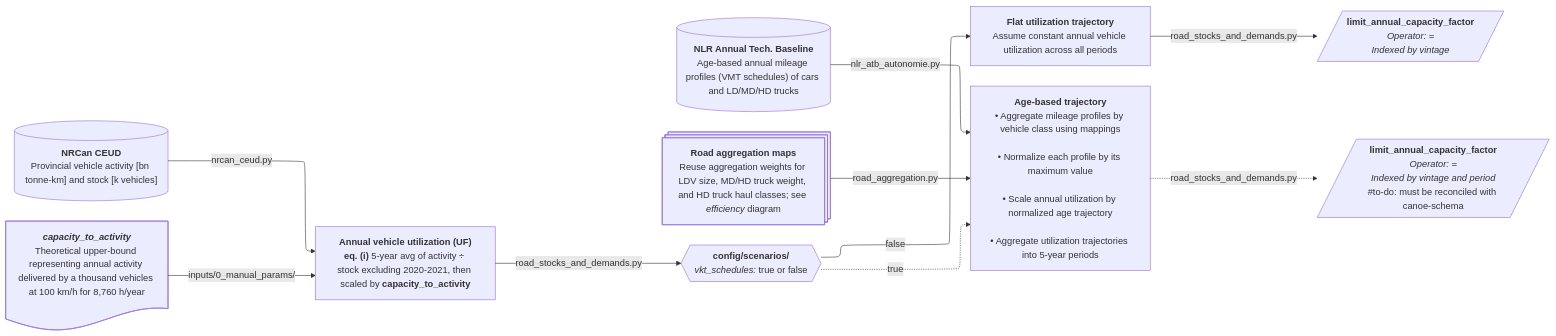
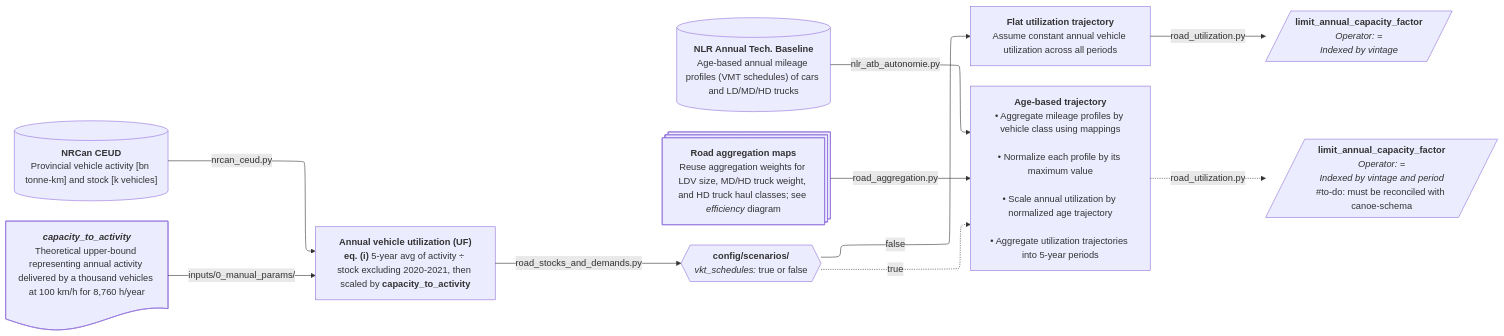
Before and after one commit to CANOE-main/canoe-transportation: the fourth of 12 diagrams in docs/etl_flowcharts.md, drawn with Mermaid. The commit also changed other lines of this file and 5 other files, not shown here.

````diff
--- a/docs/etl_flowcharts.md
+++ b/docs/etl_flowcharts.md
@@ -228,58 +226,58 @@
 ```mermaid
 ---
 config:
   layout: elk
   flowchart:
     nodeSpacing: 35
     rankSpacing: 50
     wrappingWidth: 250
 ---
 flowchart LR
   %% ############ Sources ###########
   s0[("`**NRCan CEUD**
     Provincial vehicle activity [bn tonne-km] and stock [k vehicles]`")]
   s0_2@{shape: doc, label: "***capacity_to_activity***
     Theoretical upper-bound representing annual activity delivered by a thousand vehicles at 100 km/h for 8,760 h/year"}
   s1[("`**NLR Annual Tech. Baseline**
     Age-based annual mileage profiles (VMT schedules) of cars and LD/MD/HD trucks`")]
   s2@{shape: processes, label: "**Road aggregation maps**
     Reuse aggregation weights for LDV size, MD/HD truck weight, and HD truck haul classes; see *efficiency* diagram"}
 
   %% ############ Processes ###########
   p0["`**Annual vehicle utilization (UF)**
     **eq. (i)** 5-year avg of activity ÷ stock excluding 2020-2021, then scaled by **capacity_to_activity**`"]
   s0 -- nrcan_ceud.py --> p0
   s0_2 -- inputs/0_manual_params/ --> p0
 
   p1@{shape: hex, label: "**config/scenarios/**
     *vkt_schedules:* true or false"}
   p0 -- road_stocks_and_demands.py --> p1
 
   p2["`**Flat utilization trajectory**
     Assume constant annual vehicle utilization across all periods`"]
   p1 -- false --> p2
 
   o1[/"`**limit_annual_capacity_factor**
     *Operator: =*
     *Indexed by vintage*`"/]
-  p2 -- road_stocks_and_demands.py --> o1
+  p2 -- road_utilization.py --> o1
 
   p3["`**Age-based trajectory**
     • Aggregate mileage profiles by vehicle class using mappings<br>
     • Normalize each profile by its maximum value<br>
     • Scale annual utilization by normalized age trajectory<br>
     • Aggregate utilization trajectories into 5-year periods`"]
   p1 -. true .-> p3
   s1 -- nlr_atb_autonomie.py --> p3
   s2 -- road_aggregation.py --> p3
 
   o2[/"`**limit_annual_capacity_factor**
     *Operator: =*
     *Indexed by vintage and period*
     #to-do: must be reconciled with canoe-schema`"/]
-  p3 -. "road_stocks_and_demands.py" .-> o2
+  p3 -. "road_utilization.py" .-> o2
 
   %% --- Hyperlinks ---
   click s0 "https://oee.nrcan.gc.ca/corporate/statistics/neud/dpa/menus/trends/comprehensive_tables/list.cfm"
   click s1 "https://atb.nlr.gov/transportation/2024/data"
 ```
````
